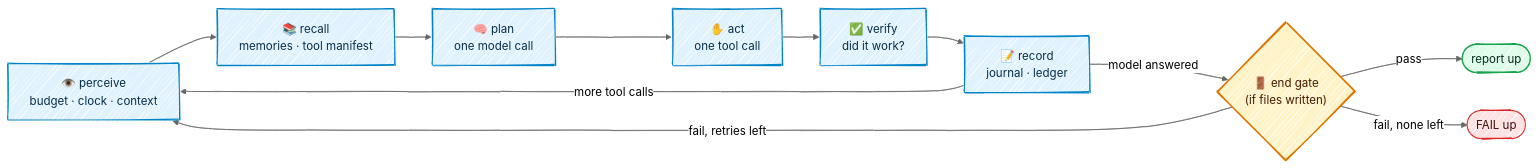
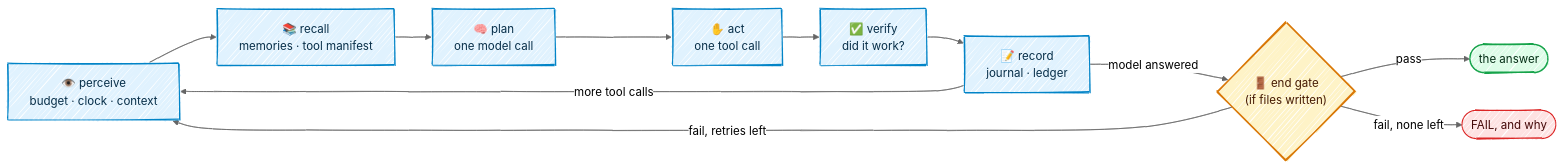
The first of 2 diagrams in docs/02-loop.md (Kaginari/mikata), drawn with Mermaid before and after one commit. The commit also changed other lines of this file and 68 other files, not shown here.

````diff
--- a/docs/02-loop.md
+++ b/docs/02-loop.md
@@ -15,28 +15,28 @@
 ```mermaid
 ---
 config:
   look: handDrawn
   theme: neutral
   flowchart:
     wrappingWidth: 360
 ---
 flowchart LR
     P["👁️ perceive<br/>budget · clock · context"] --> RC["📚 recall<br/>memories · tool manifest"]
     RC --> PL["🧠 plan<br/>one model call"]
     PL --> A["✋ act<br/>one tool call"]
     A --> VF["✅ verify<br/>did it work?"]
     VF --> REC["📝 record<br/>journal · ledger"]
     REC -->|more tool calls| P
     REC -->|model answered| G{"🚪 end gate<br/>(if files written)"}
-    G -->|pass| DONE(["report up"])
+    G -->|pass| DONE(["the answer"])
     G -->|fail, retries left| P
-    G -->|fail, none left| FAIL(["FAIL up"])
+    G -->|fail, none left| FAIL(["FAIL, and why"])
     classDef step fill:#e0f2fe,stroke:#0284c7,stroke-width:1.5px,color:#082f49
     class P,RC,PL,A,VF,REC step
     classDef gate fill:#fef3c7,stroke:#d97706,stroke-width:2px,color:#451a03
     class G gate
     classDef good fill:#dcfce7,stroke:#16a34a,stroke-width:2px,color:#052e16
     class DONE good
     classDef bad fill:#fee2e2,stroke:#dc2626,stroke-width:1.5px,color:#450a0a
     class FAIL bad
 ```
````
